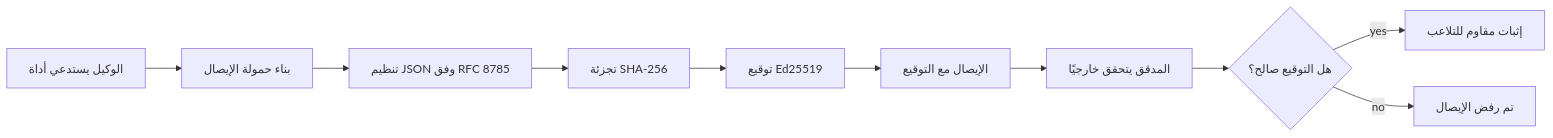
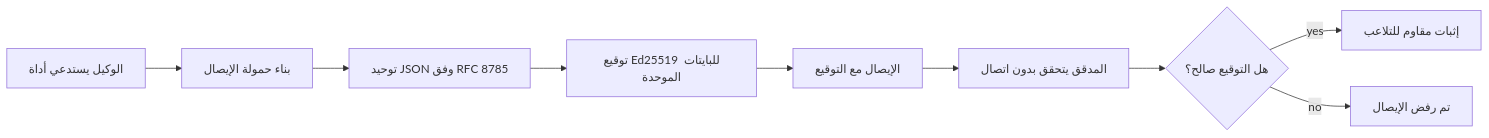
The first of 2 diagrams in mirrors/repos/microsoft@ai-agents-for-beginners/translations/ar/18-securing-ai-agents/README.md (gabrielmoreira/agent-skills-mirror), drawn with Mermaid before and after one commit. The commit also changed other lines of this file and 4262 other files, not shown here.

````diff
--- a/mirrors/repos/microsoft@ai-agents-for-beginners/translations/ar/18-securing-ai-agents/README.md
+++ b/mirrors/repos/microsoft@ai-agents-for-beginners/translations/ar/18-securing-ai-agents/README.md
@@ -51,12 +51,11 @@
 ```mermaid
 flowchart LR
     A[الوكيل يستدعي أداة] --> B[بناء حمولة الإيصال]
-    B --> C[تنظيم JSON وفق RFC 8785]
-    C --> D[تجزئة SHA-256]
-    D --> E[توقيع Ed25519]
+    B --> C[توحيد JSON وفق RFC 8785]
+    C --> E[توقيع Ed25519 للبايتات الموحدة]
     E --> F[الإيصال مع التوقيع]
-    F --> G[المدقق يتحقق خارجيًا]
+    F --> G[المدقق يتحقق بدون اتصال]
     G --> H{هل التوقيع صالح؟}
     H -- yes --> I[إثبات مقاوم للتلاعب]
     H -- no --> J[تم رفض الإيصال]
 ```
````
